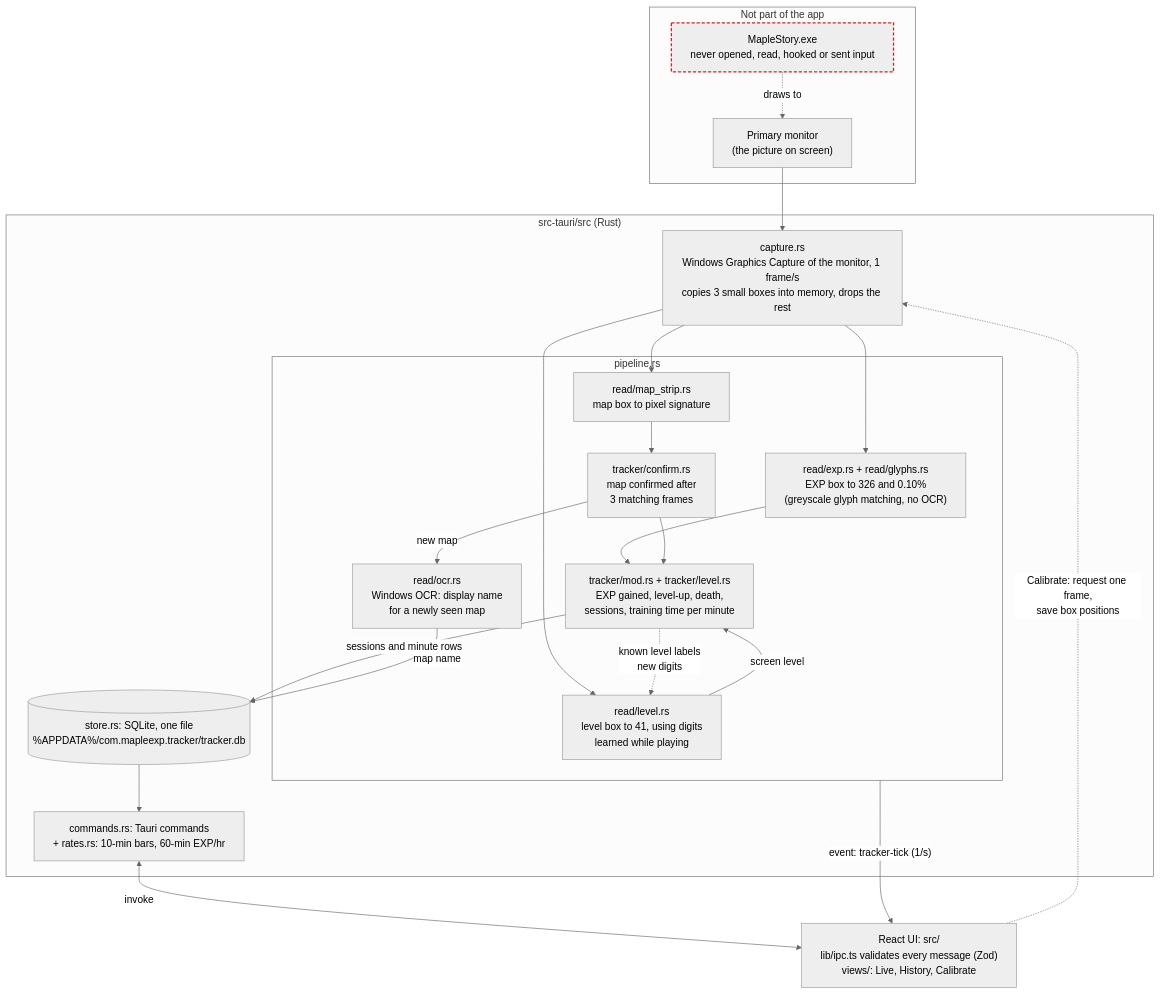
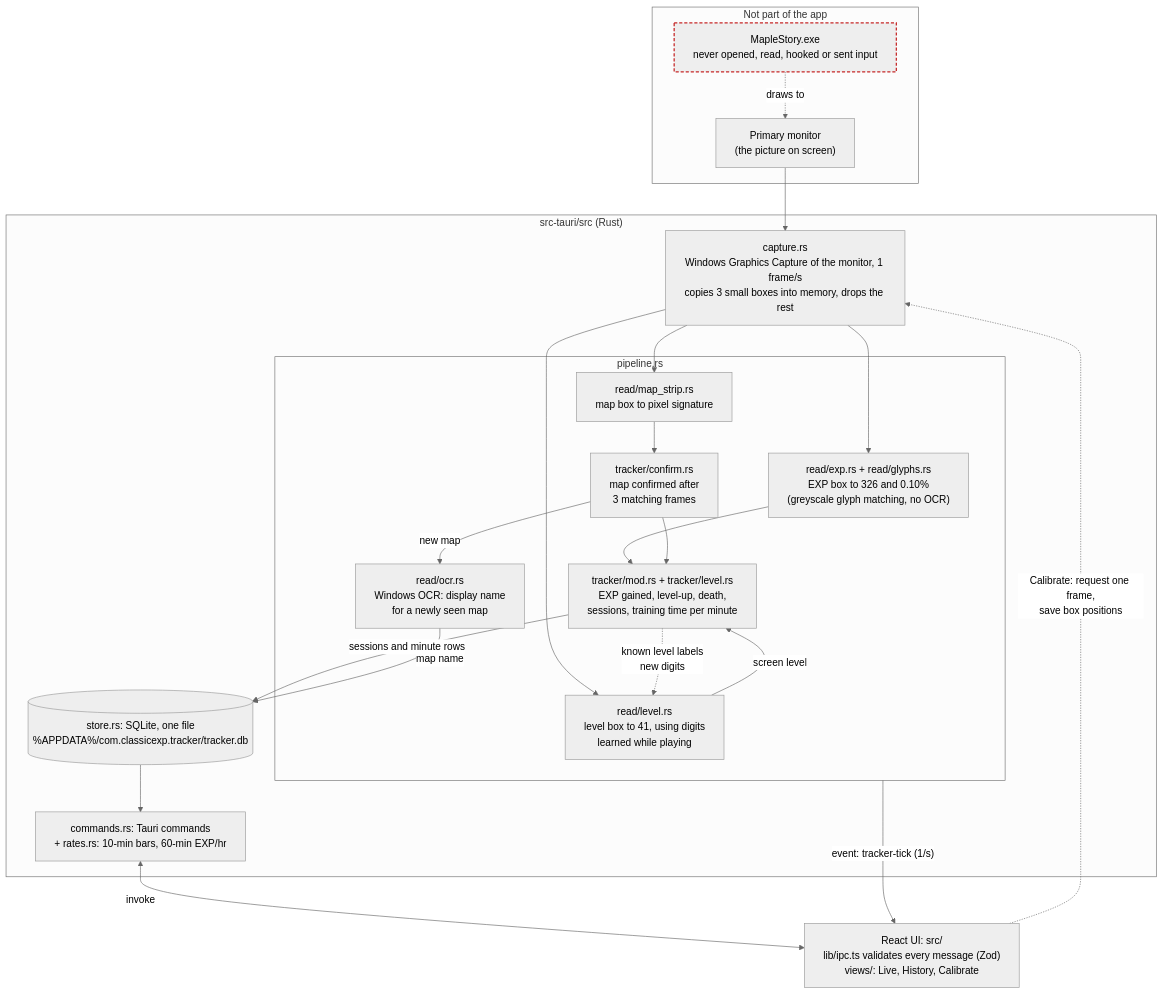
Before and after one commit to Kwuasimoto/classic-exp-tracker: the diagram in README.md, drawn with Mermaid (neutral theme). The commit also changed other lines of this file and 14 other files, not shown here.

````diff
--- a/README.md
+++ b/README.md
@@ -9,47 +49,47 @@
 ```mermaid
 %%{init: {"flowchart": {"wrappingWidth": 320}}}%%
 flowchart TB
     subgraph outside["Not part of the app"]
         game["MapleStory.exe<br/>never opened, read, hooked or sent input"]
         monitor["Primary monitor<br/>(the picture on screen)"]
         game -. "draws to" .-> monitor
     end
 
     subgraph backend["src-tauri/src (Rust)"]
         capture["capture.rs<br/>Windows Graphics Capture of the monitor, 1 frame/s<br/>copies 3 small boxes into memory, drops the rest"]
 
         subgraph pipeline["pipeline.rs"]
             exp["read/exp.rs + read/glyphs.rs<br/>EXP box to 326 and 0.10%<br/>(greyscale glyph matching, no OCR)"]
             strip["read/map_strip.rs<br/>map box to pixel signature"]
             lvl["read/level.rs<br/>level box to 41, using digits<br/>learned while playing"]
             confirm["tracker/confirm.rs<br/>map confirmed after<br/>3 matching frames"]
             ocr["read/ocr.rs<br/>Windows OCR: display name<br/>for a newly seen map"]
             track["tracker/mod.rs + tracker/level.rs<br/>EXP gained, level-up, death,<br/>sessions, training time per minute"]
         end
 
-        store[("store.rs: SQLite, one file<br/>%APPDATA%/com.mapleexp.tracker/tracker.db")]
+        store[("store.rs: SQLite, one file<br/>%APPDATA%/com.classicexp.tracker/tracker.db")]
         commands["commands.rs: Tauri commands<br/>+ rates.rs: 10-min bars, 60-min EXP/hr"]
     end
 
     ui["React UI: src/<br/>lib/ipc.ts validates every message (Zod)<br/>views/: Live, History, Calibrate"]
 
     monitor --> capture
     capture --> exp
     capture --> strip
     capture --> lvl
     lvl -- "screen level" --> track
     track -. "known level labels<br/>new digits" .-> lvl
     strip --> confirm
     confirm -- "new map" --> ocr
     exp --> track
     confirm --> track
     track -- "sessions and minute rows" --> store
     ocr -- "map name" --> store
     store --> commands
     commands <-- "invoke" --> ui
     pipeline -- "event: tracker-tick (1/s)" --> ui
     ui -. "Calibrate: request one frame,<br/>save box positions" .-> capture
 
     classDef offlimits stroke:#c62828,stroke-width:2px,stroke-dasharray:5 3
     class game offlimits
 ```
````
